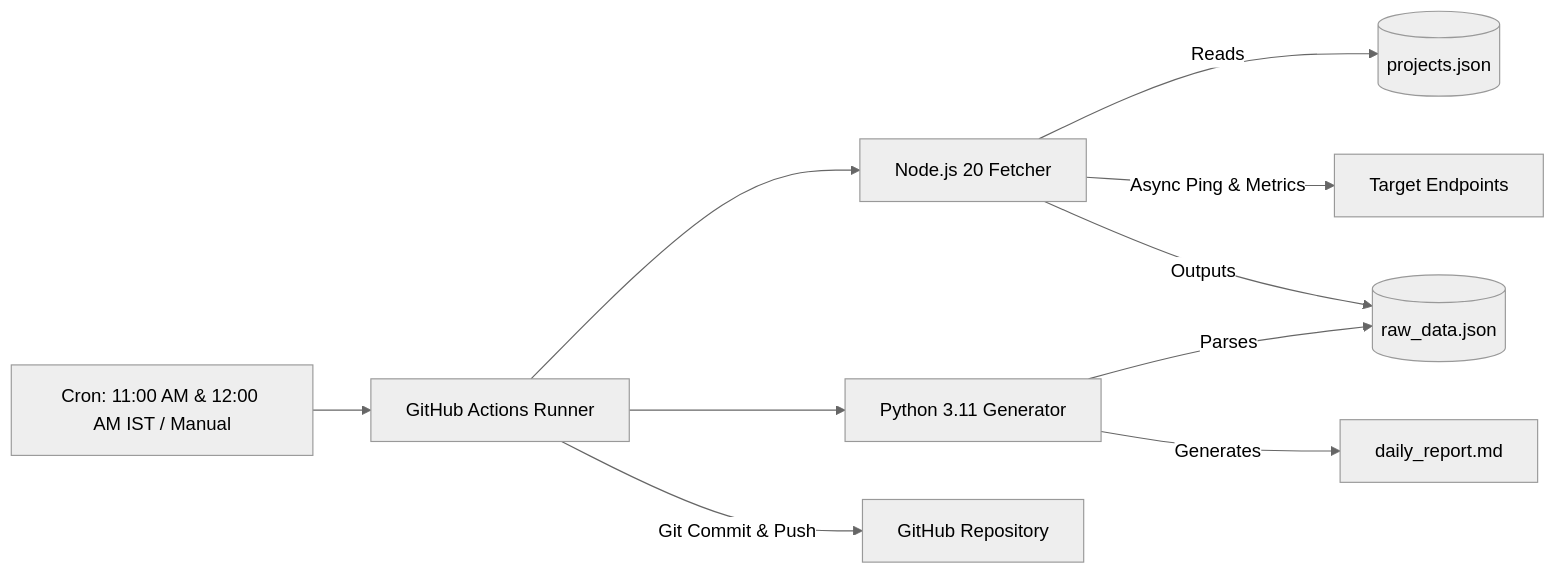
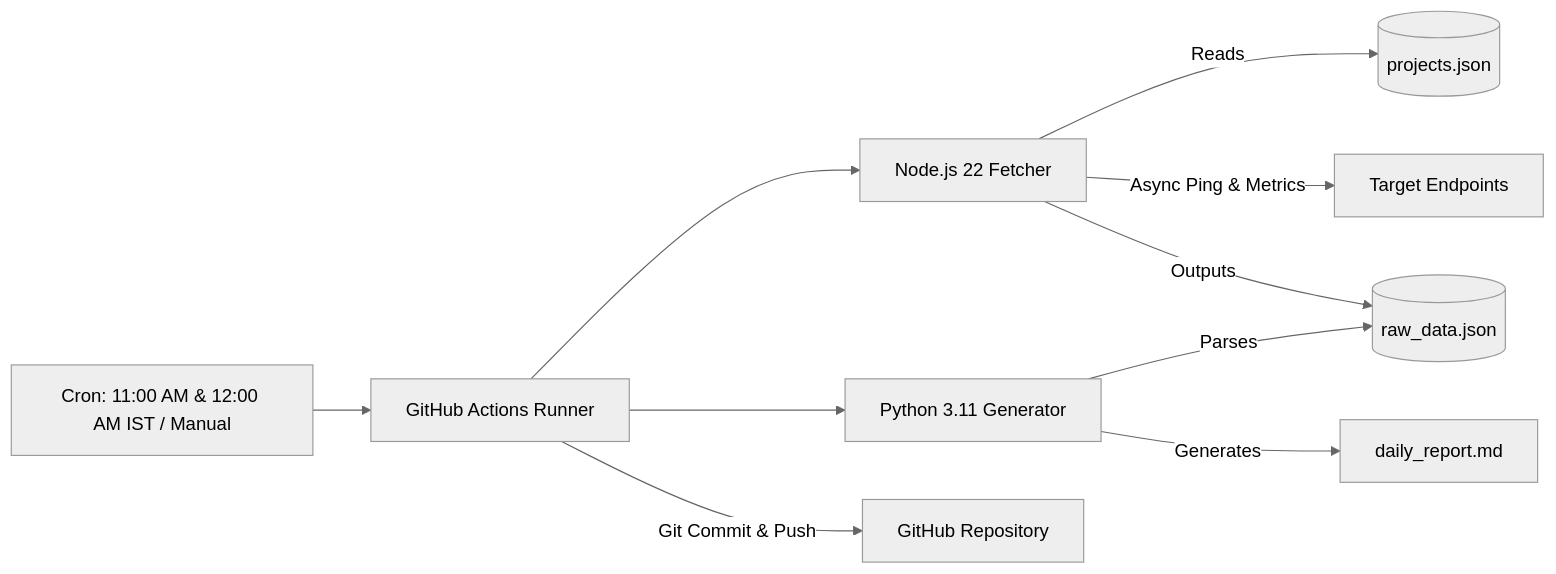
One commit to noaman024/projects-health-monitor changed the diagram in README.md. Above: the diagram before and after it, drawn with Mermaid (neutral theme). The commit also changed 1 other file, not shown here.

Commit message:
chore(ci): upgrade Node.js environment to version 22 LTS

````diff
--- a/README.md
+++ b/README.md
@@ -9,12 +9,12 @@
 ```mermaid
 flowchart LR
     A[Cron: 11:00 AM & 12:00 AM IST / Manual] --> B[GitHub Actions Runner]
-    B --> C[Node.js 20 Fetcher]
+    B --> C[Node.js 22 Fetcher]
     C -->|Reads| D[(projects.json)]
     C -->|Async Ping & Metrics| E[Target Endpoints]
     C -->|Outputs| F[(raw_data.json)]
     B --> G[Python 3.11 Generator]
     G -->|Parses| F
     G -->|Generates| H[daily_report.md]
     B -->|Git Commit & Push| I[GitHub Repository]
 ```
````
